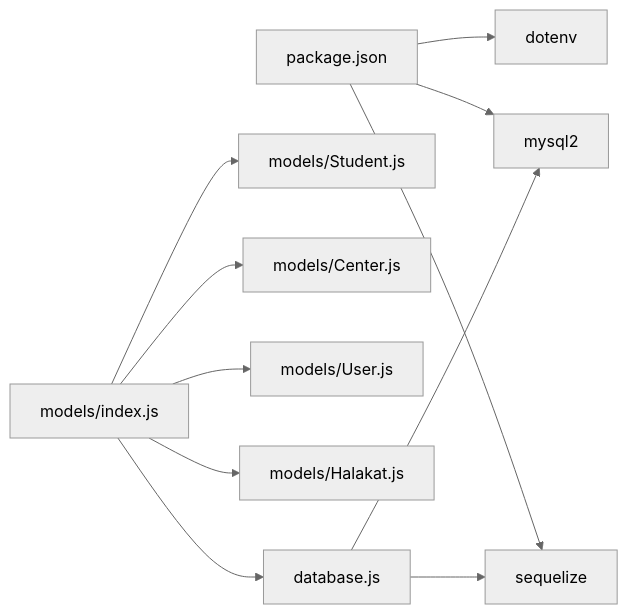
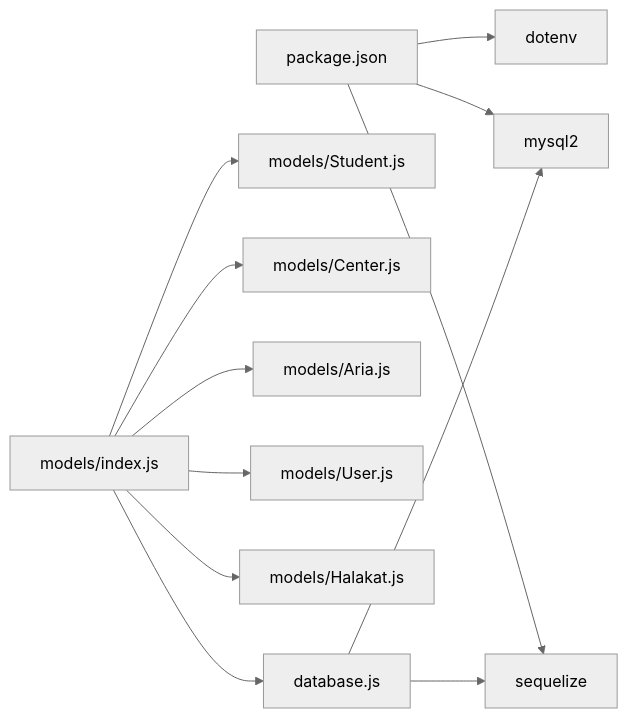
One commit to Mreng78/khirocom_project changed the fifth of 5 diagrams in .qoder/repowiki/en/content/Database Design/Halakat Model.md. Above: the diagram before and after it, drawn with Mermaid (neutral theme). The commit also changed other lines of this file and 6 other files, not shown here.

````diff
--- a/.qoder/repowiki/en/content/Database Design/Halakat Model.md
+++ b/.qoder/repowiki/en/content/Database Design/Halakat Model.md
@@ -253,13 +292,14 @@
 ```mermaid
 graph LR
 Pkg["package.json"] --> SQ["sequelize"]
 Pkg --> MY["mysql2"]
 Pkg --> DV["dotenv"]
 DBConf["database.js"] --> SQ
 DBConf --> MY
 Models["models/index.js"] --> DBConf
 Models --> Halakat["models/Halakat.js"]
 Models --> User["models/User.js"]
+Models --> Aria["models/Aria.js"]
 Models --> Center["models/Center.js"]
 Models --> Student["models/Student.js"]
 ```
````
